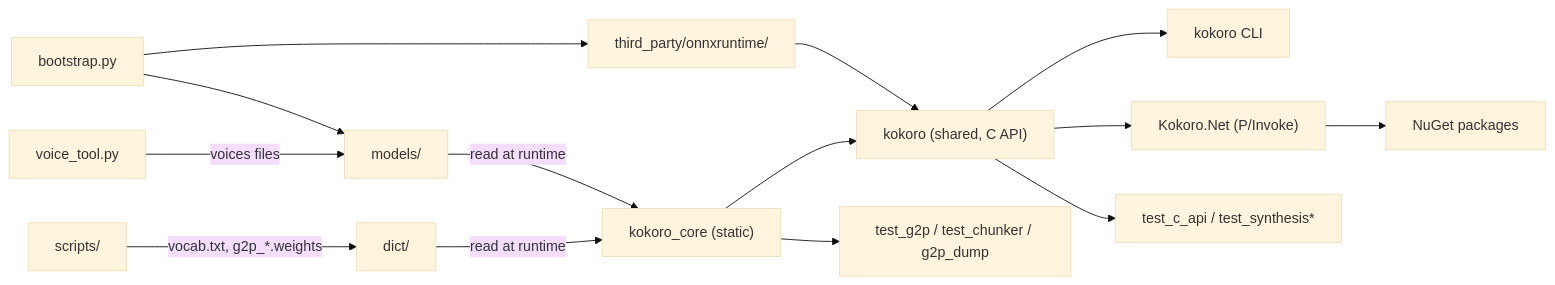
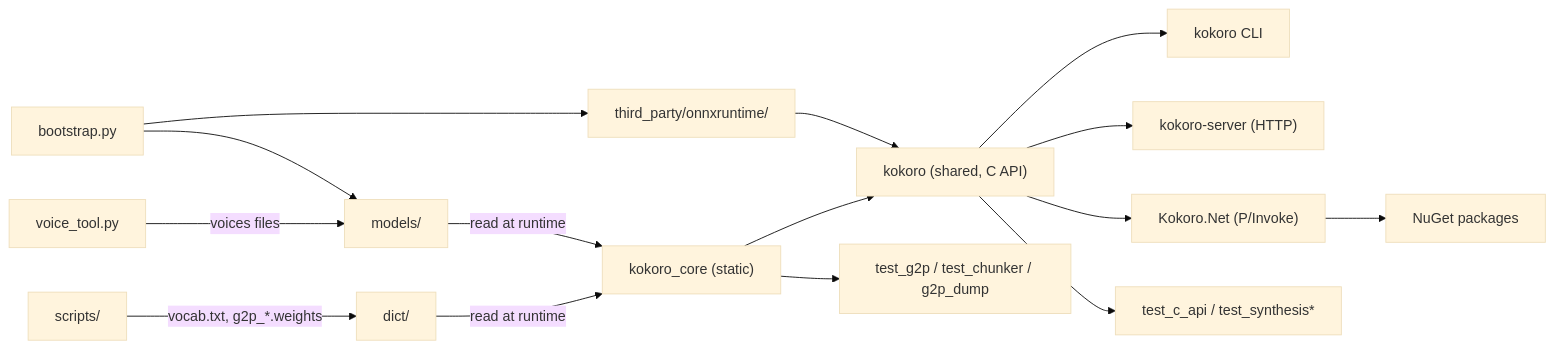
Before and after one commit to larroy/kokoro.cpp: the first of 2 diagrams in ARCHITECTURE.md, drawn with Mermaid (base theme). The commit also changed other lines of this file and 21 other files, not shown here.

First line of the commit message:
feat: add kokoro-server, an OpenAI-compatible TTS HTTP server

````diff
--- a/ARCHITECTURE.md
+++ b/ARCHITECTURE.md
@@ -22,15 +22,16 @@
 ```mermaid
 flowchart LR
     bootstrap["bootstrap.py"] --> ort["third_party/onnxruntime/"]
     bootstrap --> models["models/"]
     voicetool["voice_tool.py"] -->|"voices files"| models
     scripts["scripts/"] -->|"vocab.txt, g2p_*.weights"| dict["dict/"]
     core["kokoro_core (static)"] --> lib["kokoro (shared, C API)"]
     lib --> cli["kokoro CLI"]
+    lib --> server["kokoro-server (HTTP)"]
     lib --> dotnet["Kokoro.Net (P/Invoke)"] --> nuget["NuGet packages"]
     core --> coretests["test_g2p / test_chunker / g2p_dump"]
     lib --> libtests["test_c_api / test_synthesis*"]
     models -->|"read at runtime"| core
     dict -->|"read at runtime"| core
     ort --> lib
 ```
````
